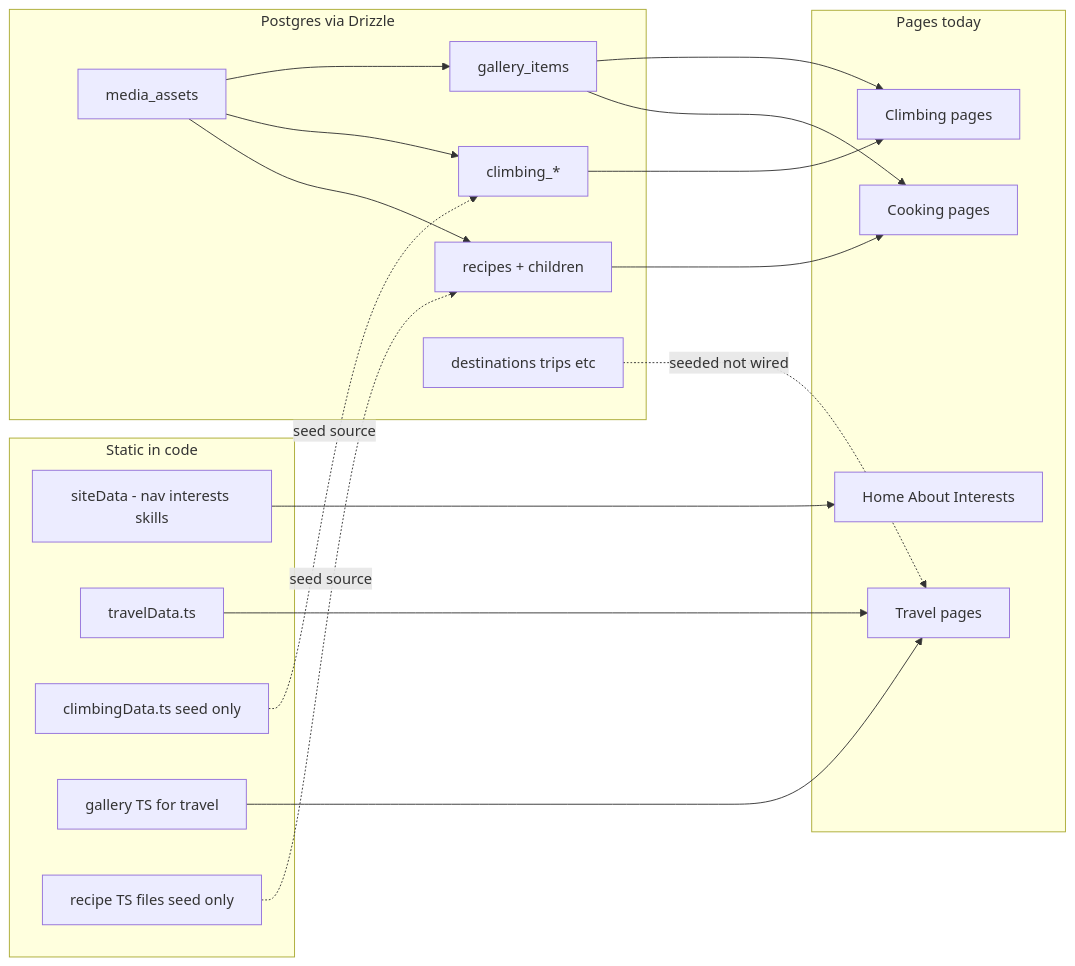
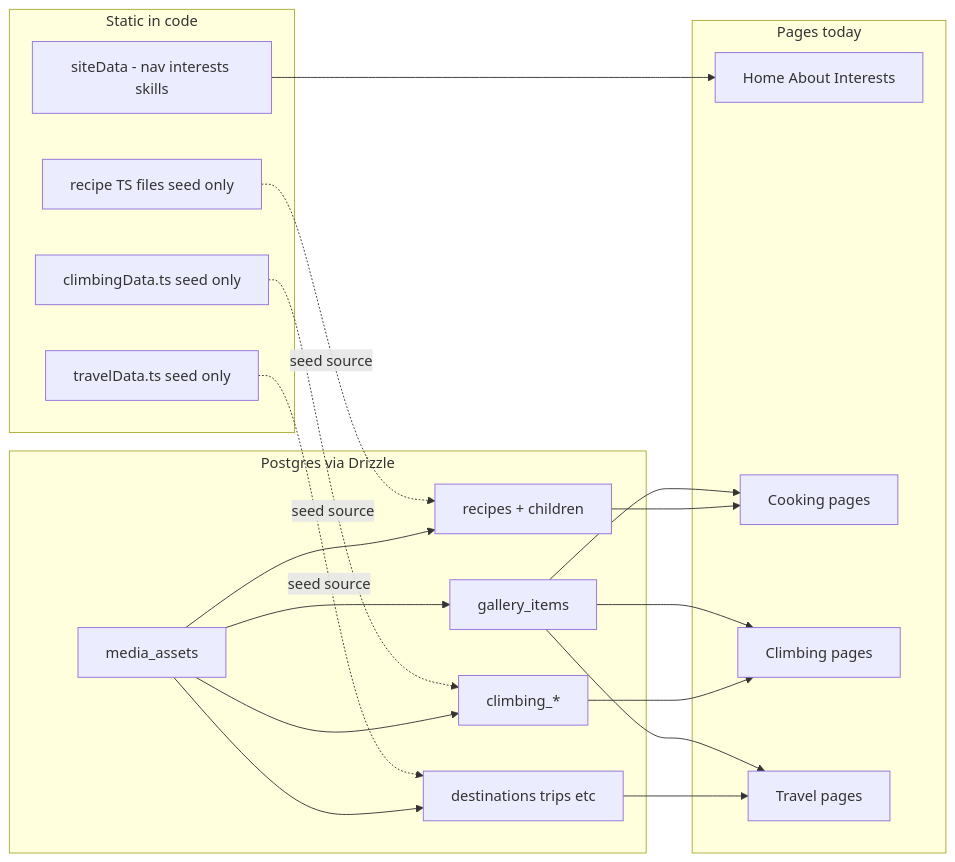
One commit to Aknaim/aknaim.com changed the fourth of 10 diagrams in docs/application-architecture.md. Above: the diagram before and after it, drawn with Mermaid. The commit also changed other lines of this file and 9 other files, not shown here.

First line of the commit message:
Wire travel pages to Postgres.

````diff
--- a/docs/application-architecture.md
+++ b/docs/application-architecture.md
@@ -174,41 +174,41 @@
 ```mermaid
 flowchart LR
   subgraph static [Static in code]
     SiteData[siteData - nav interests skills]
-    TravelTS[travelData.ts]
     ClimbTS[climbingData.ts seed only]
-  GalleryTS[gallery TS for travel]
-  RecipeTS[recipe TS files seed only]
+    TravelTS[travelData.ts seed only]
+    RecipeTS[recipe TS files seed only]
   end
 
   subgraph db [Postgres via Drizzle]
     MediaAssets[media_assets]
     Recipes[recipes + children]
     GalleryItems[gallery_items]
     ClimbingTables[climbing_*]
     TravelTables[destinations trips etc]
   end
 
   subgraph pages [Pages today]
     HomePage[Home About Interests]
     CookingPages[Cooking pages]
     ClimbPages[Climbing pages]
     TravelPages[Travel pages]
   end
 
   SiteData --> HomePage
-  TravelTS --> TravelPages
-  GalleryTS --> TravelPages
 
   Recipes --> CookingPages
   ClimbingTables --> ClimbPages
+  TravelTables --> TravelPages
   GalleryItems --> CookingPages
   GalleryItems --> ClimbPages
+  GalleryItems --> TravelPages
   MediaAssets --> Recipes
   MediaAssets --> ClimbingTables
+  MediaAssets --> TravelTables
   MediaAssets --> GalleryItems
 
-  TravelTables -. seeded not wired .-> TravelPages
   RecipeTS -. seed source .-> Recipes
   ClimbTS -. seed source .-> ClimbingTables
+  TravelTS -. seed source .-> TravelTables
 ```
````
